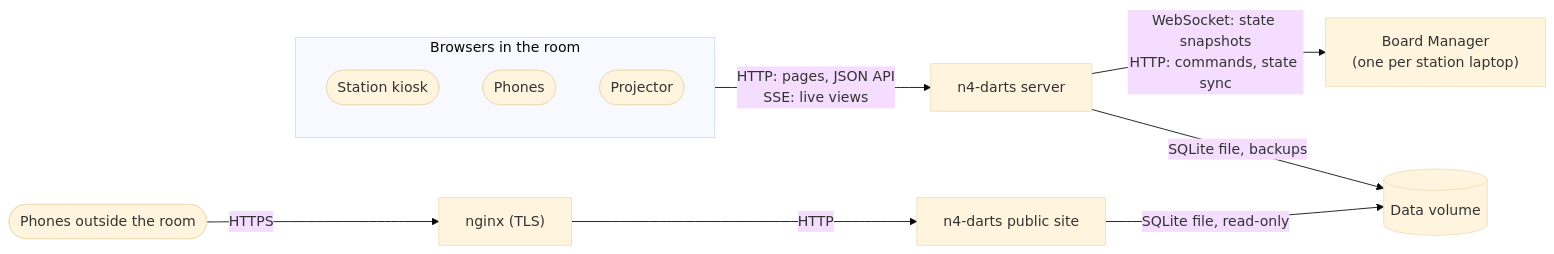
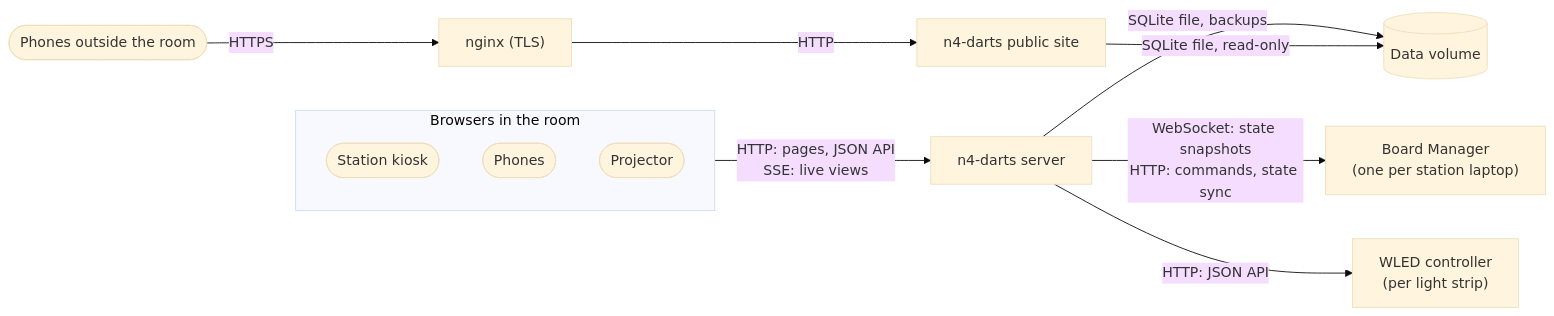
Before and after one commit to sverbach/n4-darts: the second of 2 diagrams in docs/architecture/03-context-and-scope.md, drawn with Mermaid (base theme). The commit also changed other lines of this file and 10 other files, not shown here.

Commit message:
Lights in the docs: README, ADR 0009, architecture, ui-pages, glossary (wled-lights 05)

````diff
--- a/docs/architecture/03-context-and-scope.md
+++ b/docs/architecture/03-context-and-scope.md
@@ -41,20 +45,22 @@
 ```mermaid
 flowchart LR
     subgraph browsers["Browsers in the room"]
         kiosk(["Station kiosk"])
         phone(["Phones"])
         projector(["Projector"])
     end
     n4["n4-darts server"]
     bm["Board Manager<br/>(one per station laptop)"]
     vol[("Data volume")]
     outside(["Phones outside the room"])
     nginx["nginx (TLS)"]
     pub["n4-darts public site"]
 
     browsers -- "HTTP: pages, JSON API<br/>SSE: live views" --> n4
     n4 -- "WebSocket: state snapshots<br/>HTTP: commands, state sync" --> bm
     n4 -- "SQLite file, backups" --> vol
+    wled["WLED controller<br/>(per light strip)"]
+    n4 -- "HTTP: JSON API" --> wled
     outside -- "HTTPS" --> nginx -- "HTTP" --> pub
     pub -- "SQLite file, read-only" --> vol
 ```
````
